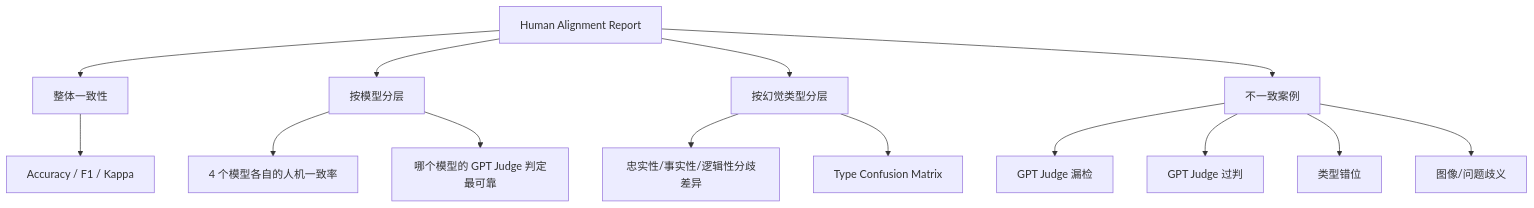
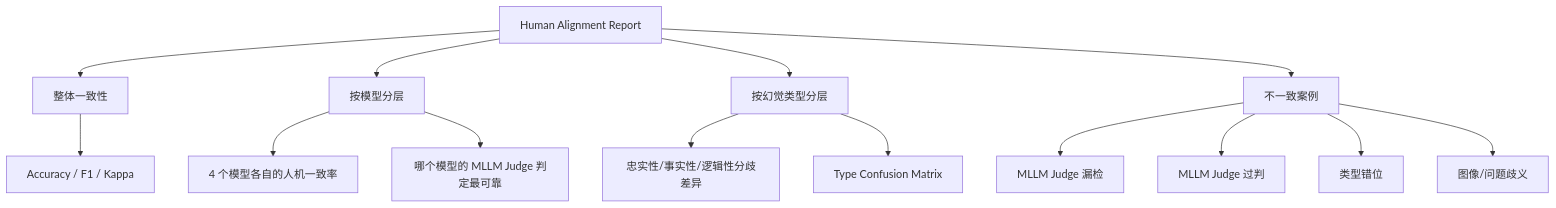
The diagram in doc/人类对齐实验设计.md (lexiangrui/Hallucination-of-MLLM), drawn with Mermaid before and after one commit. The commit also changed other lines of this file and 20 other files, not shown here.

````diff
--- a/doc/人类对齐实验设计.md
+++ b/doc/人类对齐实验设计.md
@@ -133,17 +133,17 @@
 ```mermaid
 graph TD
     A[Human Alignment Report] --> B[整体一致性]
     A --> C[按模型分层]
     A --> D[按幻觉类型分层]
     A --> E[不一致案例]
 
     B --> B1[Accuracy / F1 / Kappa]
     C --> C1[4 个模型各自的人机一致率]
-    C --> C2[哪个模型的 GPT Judge 判定最可靠]
+    C --> C2[哪个模型的 MLLM Judge 判定最可靠]
     D --> D1[忠实性/事实性/逻辑性分歧差异]
     D --> D2[Type Confusion Matrix]
-    E --> E1[GPT Judge 漏检]
-    E --> E2[GPT Judge 过判]
+    E --> E1[MLLM Judge 漏检]
+    E --> E2[MLLM Judge 过判]
     E --> E3[类型错位]
     E --> E4[图像/问题歧义]
 ```
````
